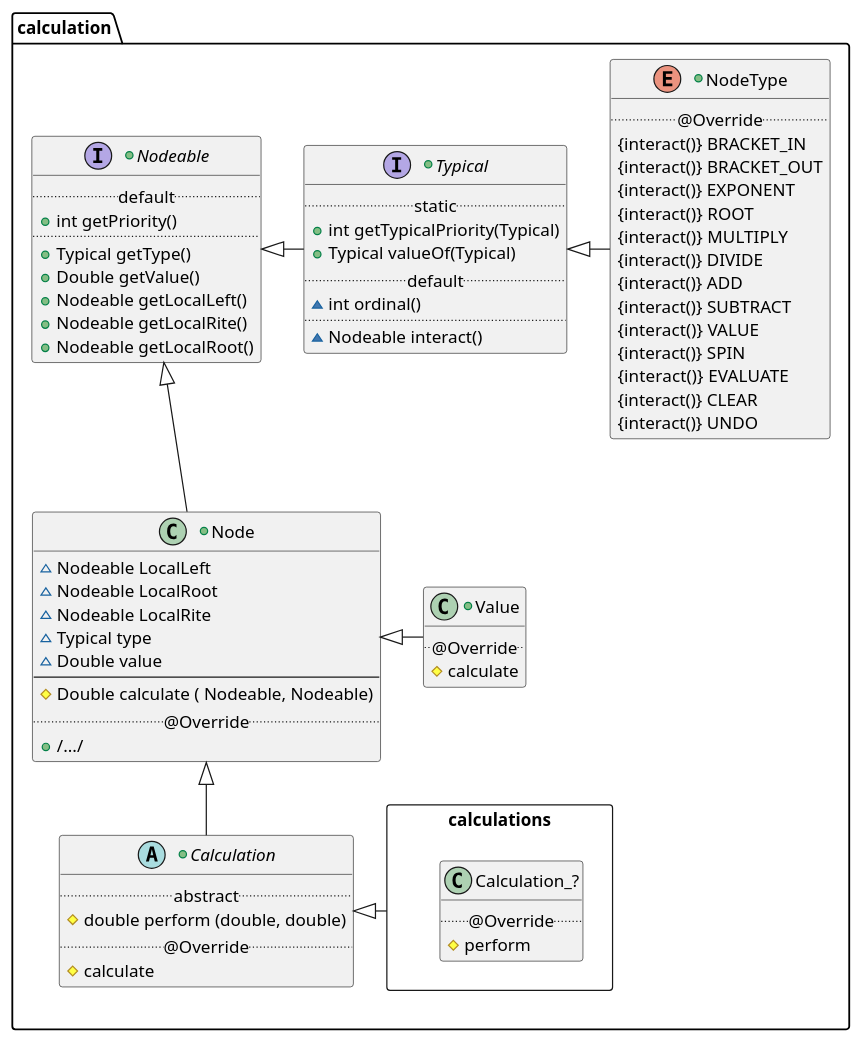
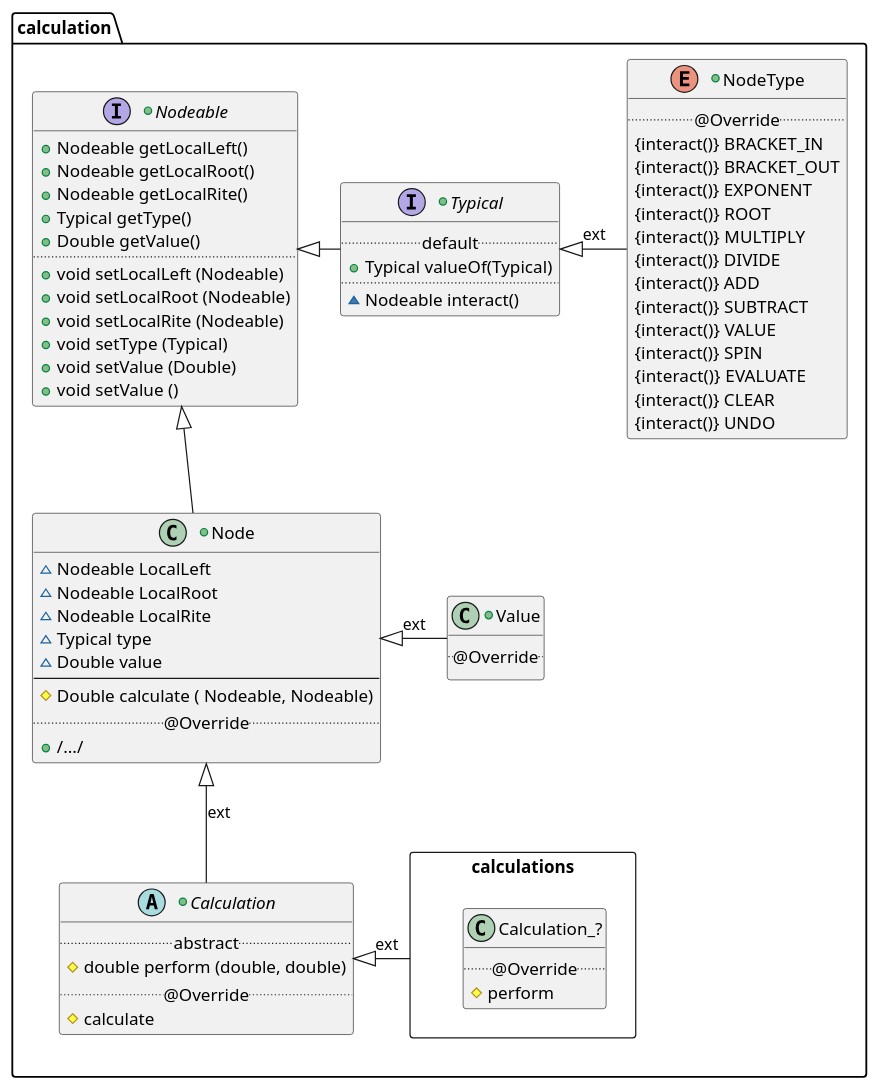
One commit to vitalispopoff/calculator changed the diagram in src/main/resources/UML/calculation/calculation.puml. Above: the diagram before and after it, drawn with PlantUML. The commit also changed 25 other files, not shown here.

```diff
--- a/src/main/resources/UML/calculation/calculation.puml
+++ b/src/main/resources/UML/calculation/calculation.puml
@@ -1,87 +1,81 @@
 @startuml
 package calculation {
 
     +interface Nodeable {
-        ..default..
-            + {method} int getPriority()
-        ..
+            + {method} Nodeable getLocalLeft()
+            + {method} Nodeable getLocalRoot()
+            + {method} Nodeable getLocalRite()
             + {method} Typical getType()
             + {method} Double getValue()
-            + {method} Nodeable getLocalLeft()
-            + {method} Nodeable getLocalRite()
-            + {method} Nodeable getLocalRoot()
+        ..
+            + {method} void setLocalLeft (Nodeable)
+            + {method} void setLocalRoot (Nodeable)
+            + {method} void setLocalRite (Nodeable)
+            + {method} void setType (Typical)
+            + {method} void setValue (Double)
+            + {method} void setValue ()
     }
 
     +class Node {
             ~ {field} Nodeable LocalLeft
             ~ {field} Nodeable LocalRoot
             ~ {field} Nodeable LocalRite
             ~ {field} Typical type
             ~ {field} Double value
         --
             # {method} Double calculate ( Nodeable, Nodeable)
         ..@Override..
             +{method}/.../
     }
 
     +class Value {
         ..@Override..
-            #{method} calculate
     }
 
     +abstract class Calculation {
         ..abstract..
             #{method} double perform (double, double)    
         ..@Override..
             #{method} calculate
     }
 
     package calculations <<Rectangle>> {
         class Calculation_? {
             ..@Override..
                 #{method} perform
         }
     }
 
     +interface Typical{
-        ..static..
-            +{method} int getTypicalPriority(Typical)
+        ..default..
             +{method} Typical valueOf(Typical)
-        ..default..
-            ~{method}  int ordinal()
         ..
             ~{method} Nodeable interact()
    }
 
     +enum NodeType{
         ..@Override..
              {interact()} BRACKET_IN
              {interact()} BRACKET_OUT
              {interact()} EXPONENT
              {interact()} ROOT
              {interact()} MULTIPLY
              {interact()} DIVIDE
              {interact()} ADD
              {interact()} SUBTRACT
              {interact()} VALUE
              {interact()} SPIN
              {interact()} EVALUATE
              {interact()} CLEAR
              {interact()} UNDO
    }
 
-'    Value -|> Node
-'    calculations -|> Calculation
     Nodeable <|-- Node
-    Node <|-- Calculation
-    Typical <|- NodeType
+    Node <|-- Calculation : ext
+    Typical <|- NodeType : ext
     Nodeable <|- Typical
 
-'    Node -|> Nodeable
-'    Calculation -|> Node
-'    Typical -|> Nodeable
-'    NodeType -|> Typical
-    Node <|- Value
-    Calculation <|- calculations
+    Node <|- Value : ext
+    Calculation <|- calculations    : ext
 }
 @enduml
```
